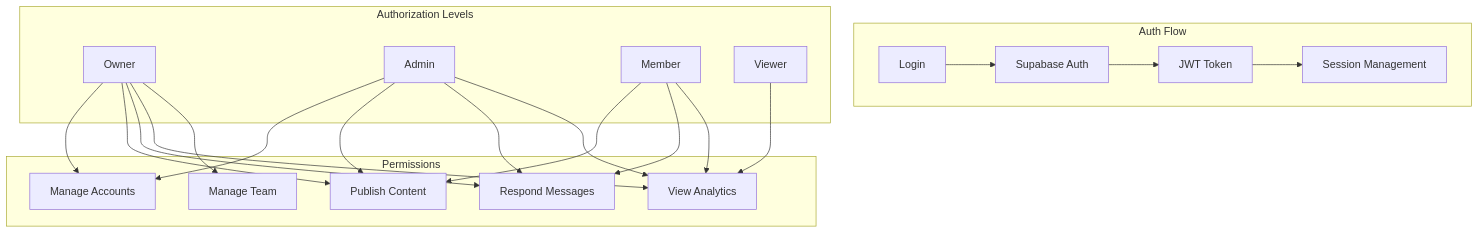
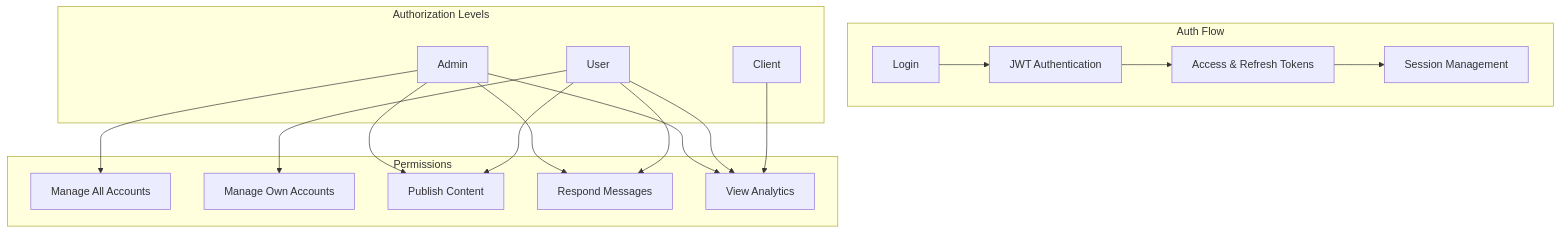
One commit to willianbvsanches13/social-selling changed the ninth of 10 diagrams in tasks/social-selling/OVERVIEW.md. Above: the diagram before and after it, drawn with Mermaid. The commit also changed other lines of this file and 4 other files, not shown here.

````diff
--- a/tasks/social-selling/OVERVIEW.md
+++ b/tasks/social-selling/OVERVIEW.md
@@ -677,28 +650,26 @@
 ```mermaid
 graph TB
     subgraph "Auth Flow"
-        LOGIN[Login] --> SUPABASE_AUTH[Supabase Auth]
-        SUPABASE_AUTH --> JWT[JWT Token]
-        JWT --> SESSION[Session Management]
+        LOGIN[Login] --> JWT_AUTH[JWT Authentication]
+        JWT_AUTH --> TOKEN[Access & Refresh Tokens]
+        TOKEN --> SESSION[Session Management]
     end
 
     subgraph "Authorization Levels"
-        OWNER[Owner]
         ADMIN[Admin]
-        MEMBER[Member]
-        VIEWER[Viewer]
+        USER[User]
+        CLIENT[Client]
     end
 
     subgraph "Permissions"
-        P1[Manage Accounts]
-        P2[Publish Content]
-        P3[Respond Messages]
-        P4[View Analytics]
-        P5[Manage Team]
+        P1[Manage All Accounts]
+        P2[Manage Own Accounts]
+        P3[Publish Content]
+        P4[Respond Messages]
+        P5[View Analytics]
     end
 
-    OWNER --> P1 & P2 & P3 & P4 & P5
-    ADMIN --> P1 & P2 & P3 & P4
-    MEMBER --> P2 & P3 & P4
-    VIEWER --> P4
+    ADMIN --> P1 & P3 & P4 & P5
+    USER --> P2 & P3 & P4 & P5
+    CLIENT --> P5
 ```
````
